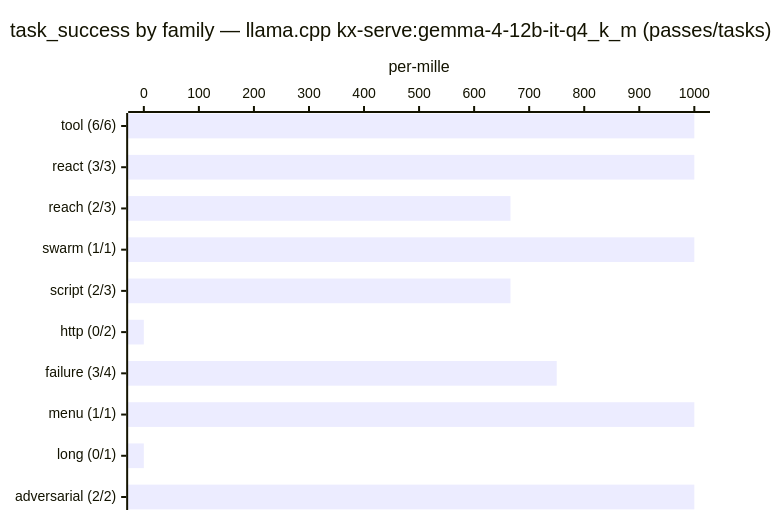
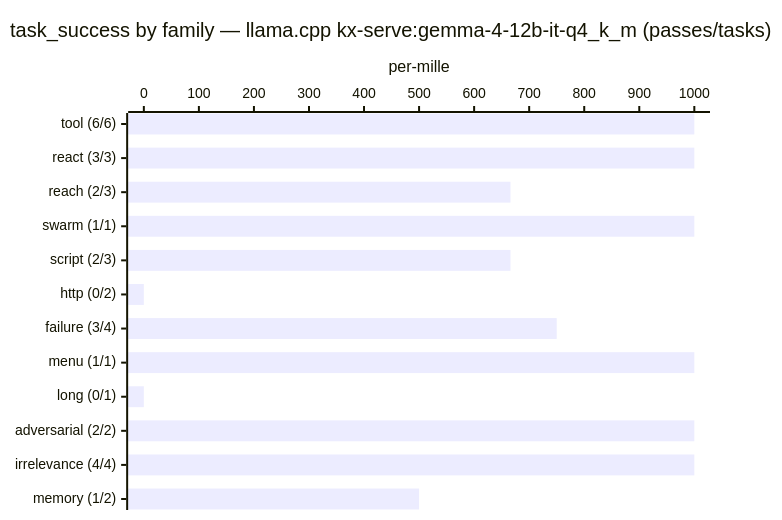
One commit to Kortecx/kortecx changed the second of 2 diagrams in README.md. Above: the diagram before and after it, drawn with Mermaid. The commit also changed other lines of this file and 23 other files, not shown here.

First line of the commit message:
The benchmark grows its industry legend: reliability, sequence, retrieval and cost columns it can honestly own (#397)

````diff
--- a/README.md
+++ b/README.md
@@ -311,7 +316,7 @@
 ```mermaid
 xychart-beta horizontal
     title "task_success by family — llama.cpp kx-serve:gemma-4-12b-it-q4_k_m (passes/tasks)"
-    x-axis ["tool (6/6)", "react (3/3)", "reach (2/3)", "swarm (1/1)", "script (2/3)", "http (0/2)", "failure (3/4)", "menu (1/1)", "long (0/1)", "adversarial (2/2)"]
+    x-axis ["tool (6/6)", "react (3/3)", "reach (2/3)", "swarm (1/1)", "script (2/3)", "http (0/2)", "failure (3/4)", "menu (1/1)", "long (0/1)", "adversarial (2/2)", "irrelevance (4/4)", "memory (1/2)"]
     y-axis "per-mille" 0 --> 1000
-    bar [1000, 1000, 666, 1000, 666, 0, 750, 1000, 0, 1000]
+    bar [1000, 1000, 666, 1000, 666, 0, 750, 1000, 0, 1000, 1000, 500]
 ```
````
